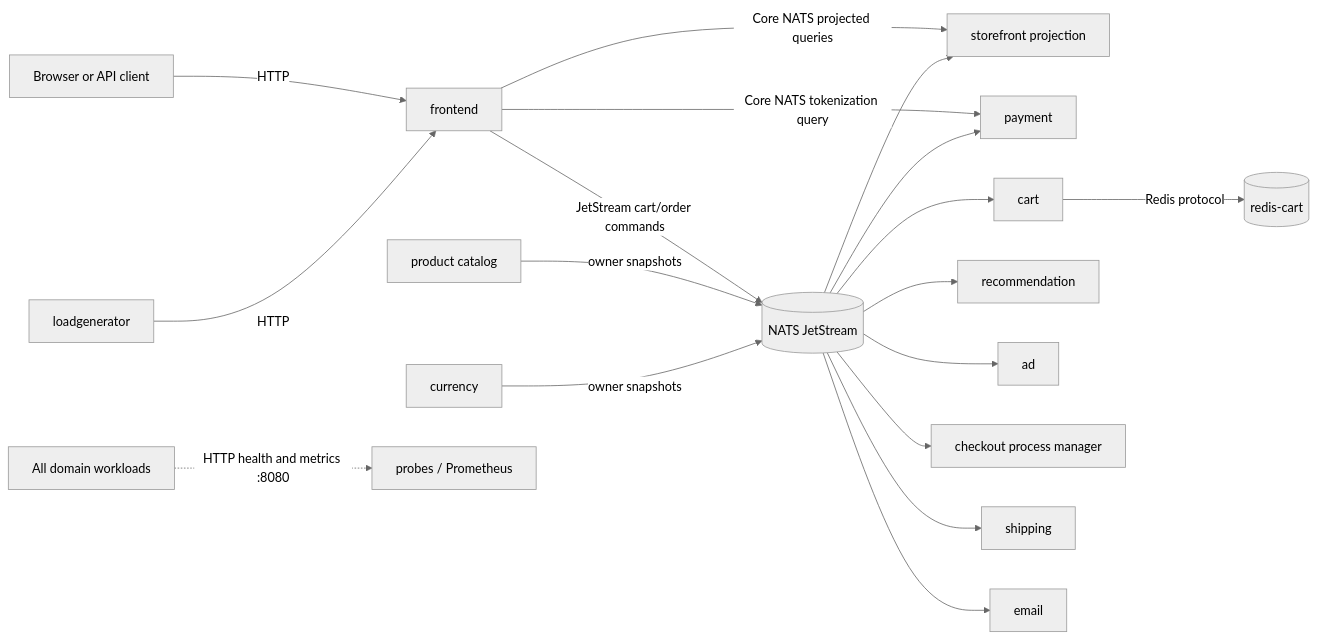
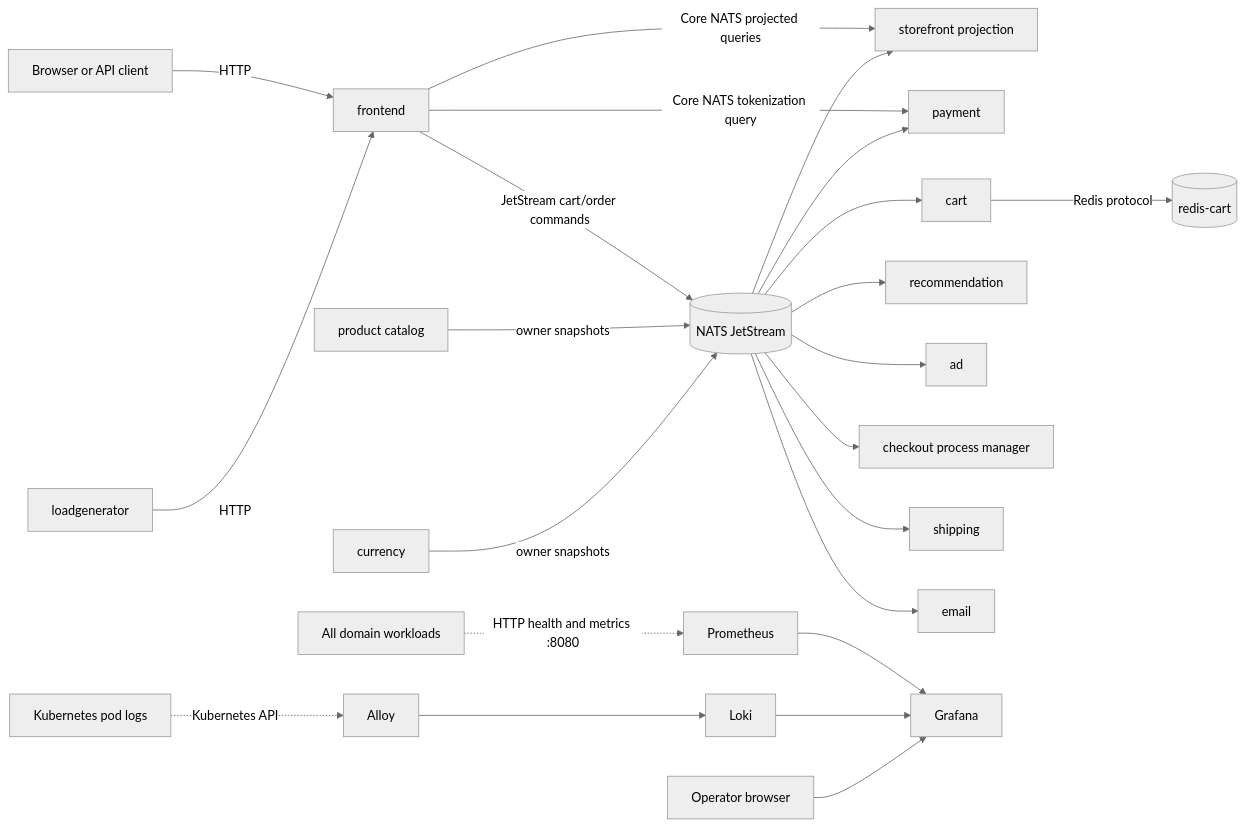
Before and after one commit to Matslo1234/microservices-demo-nats: the diagram in README.md, drawn with Mermaid (neutral theme). The commit also changed other lines of this file and 11 other files, not shown here.

````diff
--- a/README.md
+++ b/README.md
@@ -17,23 +17,28 @@
 ```mermaid
 flowchart LR
     User[Browser or API client] -->|HTTP| FE[frontend]
     Load[loadgenerator] -->|HTTP| FE
 
     FE -->|Core NATS projected queries| Projection[storefront projection]
     FE -->|JetStream cart/order commands| NATS[(NATS JetStream)]
     FE -->|Core NATS tokenization query| Payment[payment]
 
     Catalog[product catalog] -->|owner snapshots| NATS
     Currency[currency] -->|owner snapshots| NATS
     NATS --> Cart[cart]
     NATS --> Recommendation[recommendation]
     NATS --> Ad[ad]
     NATS --> Checkout[checkout process manager]
     NATS --> Shipping[shipping]
     NATS --> Payment
     NATS --> Email[email]
     NATS --> Projection
     Cart -->|Redis protocol| Redis[(redis-cart)]
 
-    Apps[All domain workloads] -.->|HTTP health and metrics :8080| Monitor[probes / Prometheus]
+    Apps[All domain workloads] -.->|HTTP health and metrics :8080| Prometheus
+    Kubernetes[Kubernetes pod logs] -.->|Kubernetes API| Alloy
+    Alloy --> Loki
+    Prometheus --> Grafana
+    Loki --> Grafana
+    Operator[Operator browser] --> Grafana
 ```
````
